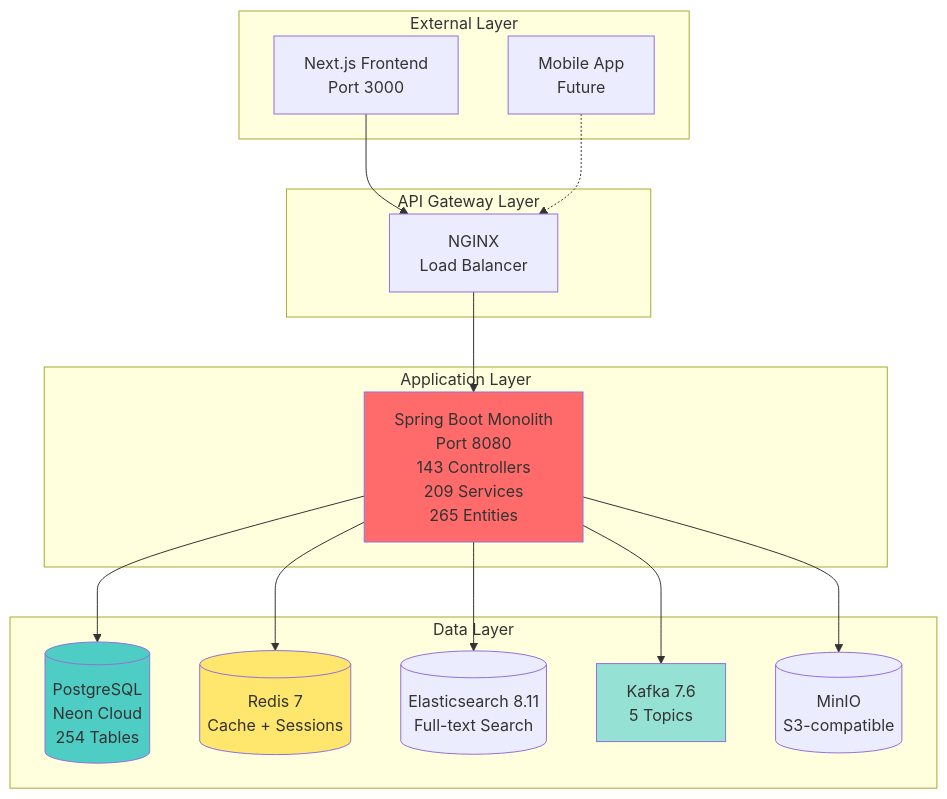
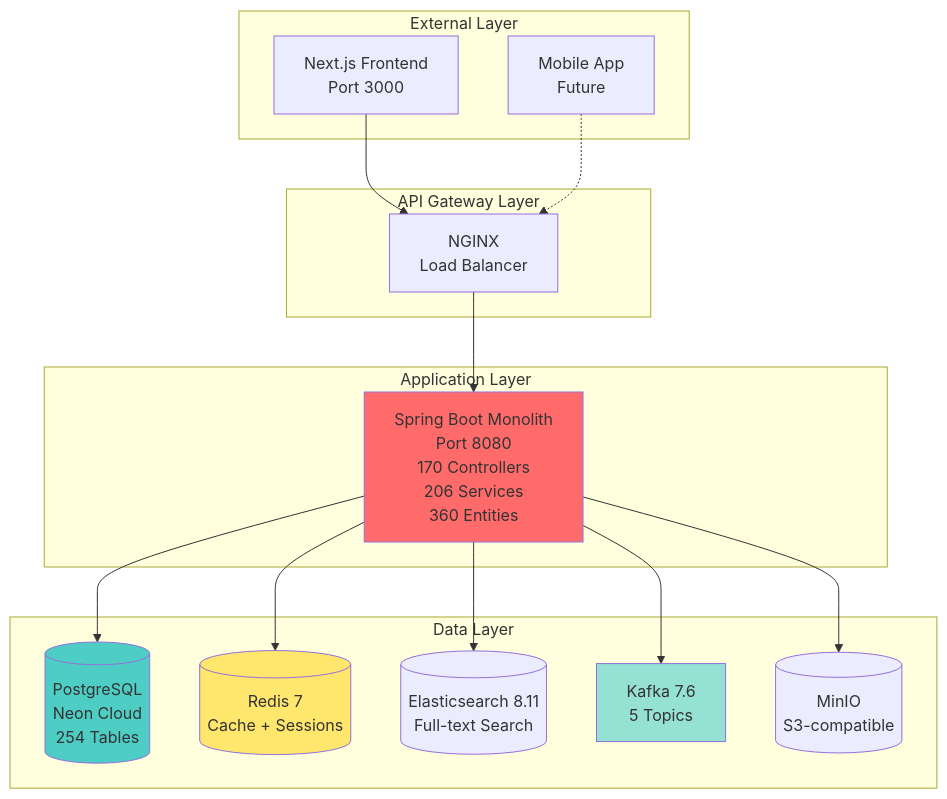
Before and after one commit to fayaz30395/nu-aura: the first of 5 diagrams in docs/architecture/NU-AURA-ARCHITECTURE-ANALYSIS.md, drawn with Mermaid. The commit also changed other lines of this file and 4 other files, not shown here.

First line of the commit message:
docs(architecture): update all architecture docs to reflect 2026-04-07 state

````diff
--- a/docs/architecture/NU-AURA-ARCHITECTURE-ANALYSIS.md
+++ b/docs/architecture/NU-AURA-ARCHITECTURE-ANALYSIS.md
@@ -37,38 +37,38 @@
 ```mermaid
 graph TB
     subgraph "External Layer"
         FE[Next.js Frontend<br/>Port 3000]
         Mobile[Mobile App<br/>Future]
     end
 
     subgraph "API Gateway Layer"
         NGINX[NGINX<br/>Load Balancer]
     end
 
     subgraph "Application Layer"
-        Monolith[Spring Boot Monolith<br/>Port 8080<br/>143 Controllers<br/>209 Services<br/>265 Entities]
+        Monolith[Spring Boot Monolith<br/>Port 8080<br/>170 Controllers<br/>206 Services<br/>360 Entities]
     end
 
     subgraph "Data Layer"
         PG[(PostgreSQL<br/>Neon Cloud<br/>254 Tables)]
         Redis[(Redis 7<br/>Cache + Sessions)]
         ES[(Elasticsearch 8.11<br/>Full-text Search)]
         Kafka[Kafka 7.6<br/>5 Topics]
         MinIO[(MinIO<br/>S3-compatible)]
     end
 
     FE --> NGINX
     Mobile -.-> NGINX
     NGINX --> Monolith
 
     Monolith --> PG
     Monolith --> Redis
     Monolith --> ES
     Monolith --> Kafka
     Monolith --> MinIO
 
     style Monolith fill:#ff6b6b
     style PG fill:#4ecdc4
     style Redis fill:#ffe66d
     style Kafka fill:#95e1d3
 ```
````
